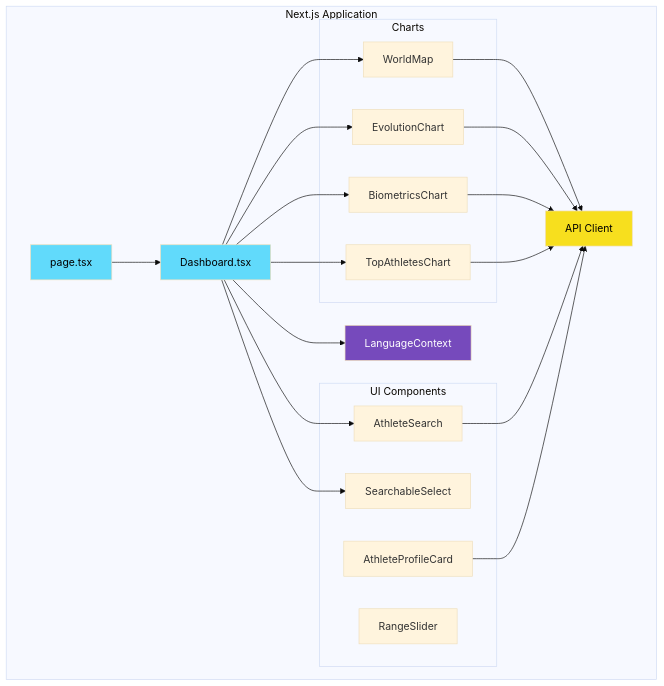
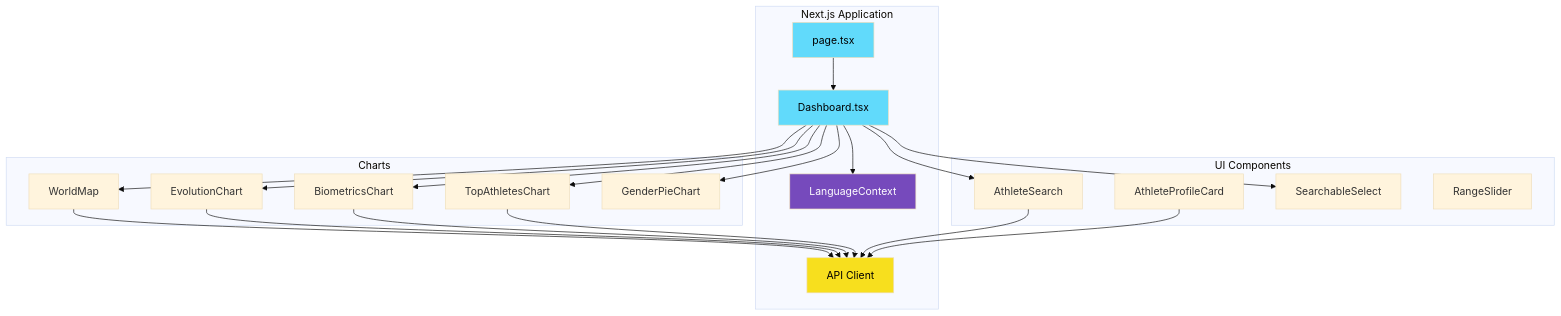
One commit to italomanzine/olympic-data-explorer changed the fourth of 6 diagrams in README.md. Above: the diagram before and after it, drawn with Mermaid (base theme). The commit also changed other lines of this file and 33 other files, not shown here.

````diff
--- a/README.md
+++ b/README.md
@@ -315,44 +318,45 @@
 ```mermaid
 flowchart TB
     subgraph frontend["Next.js Application"]
         page["page.tsx"]
         dashboard["Dashboard.tsx"]
-        
-        subgraph charts["Charts"]
-            worldmap["WorldMap"]
-            evolution["EvolutionChart"]
-            biometrics["BiometricsChart"]
-            topathletes["TopAthletesChart"]
-        end
-        
-        subgraph ui["UI Components"]
-            search["AthleteSearch"]
-            profile["AthleteProfileCard"]
-            filters["SearchableSelect"]
-            slider["RangeSlider"]
-        end
-        
         context["LanguageContext"]
         apiclient["API Client"]
+    end
+    
+    subgraph charts["Charts"]
+        worldmap["WorldMap"]
+        evolution["EvolutionChart"]
+        biometrics["BiometricsChart"]
+        topathletes["TopAthletesChart"]
+        genderpie["GenderPieChart"]
+    end
+    
+    subgraph ui["UI Components"]
+        search["AthleteSearch"]
+        profile["AthleteProfileCard"]
+        filters["SearchableSelect"]
+        slider["RangeSlider"]
     end
     
     page --> dashboard
     dashboard --> worldmap
     dashboard --> evolution
     dashboard --> biometrics
     dashboard --> topathletes
+    dashboard --> genderpie
     dashboard --> search
     dashboard --> filters
     dashboard --> context
     worldmap --> apiclient
     evolution --> apiclient
     biometrics --> apiclient
     topathletes --> apiclient
     search --> apiclient
     profile --> apiclient
     
     style page fill:#61dafb,color:#000
     style dashboard fill:#61dafb,color:#000
     style context fill:#764abc,color:#fff
     style apiclient fill:#f7df1e,color:#000
 ```
````
